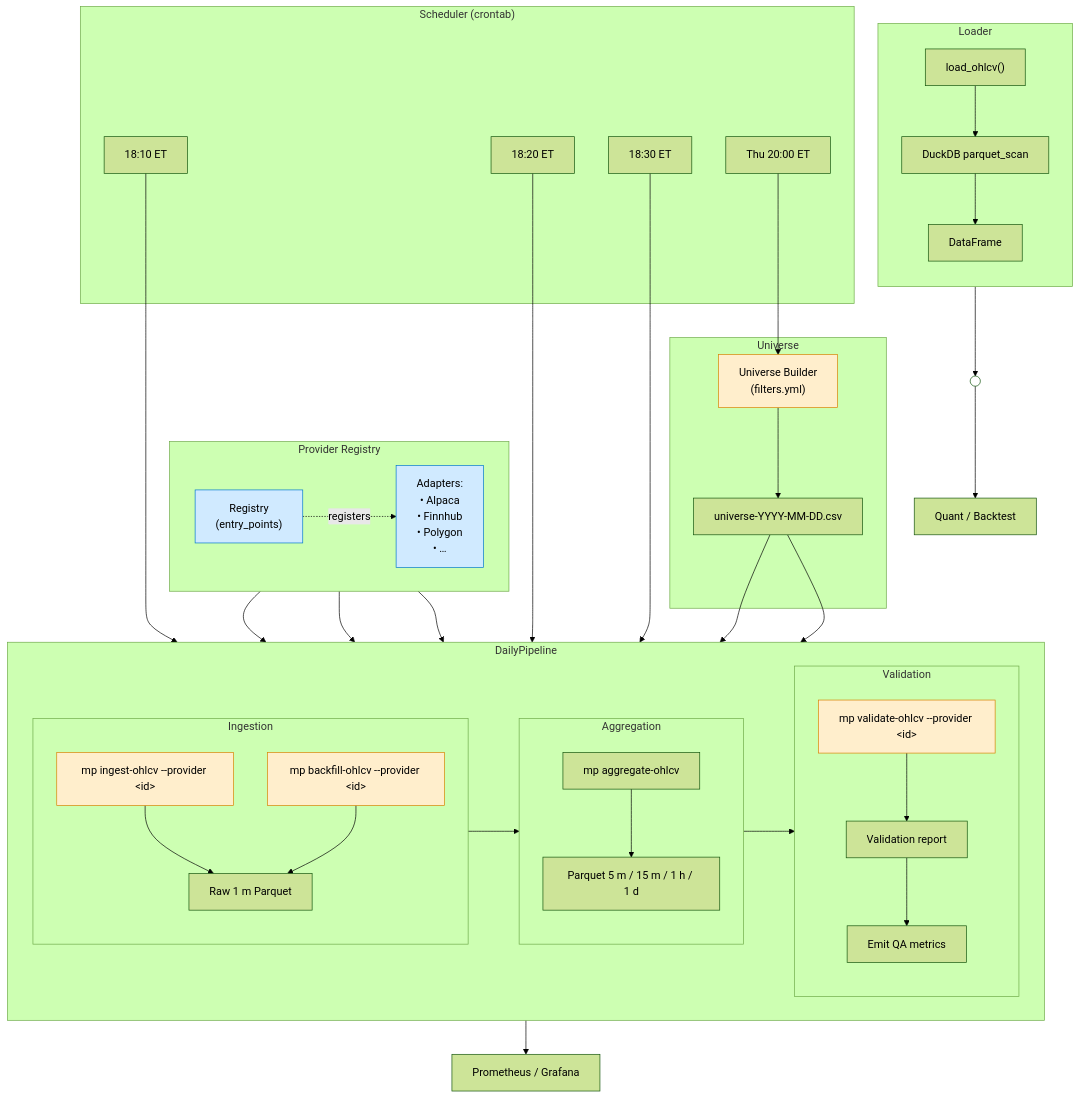
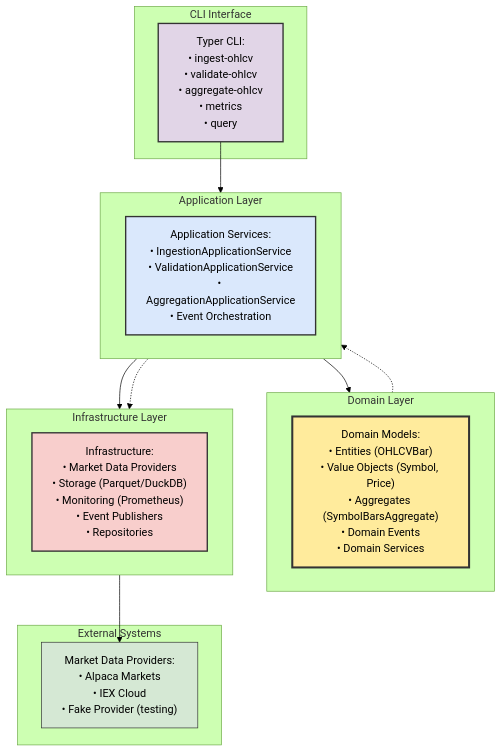
One commit to joeyda3rd/MarketPipe changed the diagram in README.md. Above: the diagram before and after it, drawn with Mermaid (forest theme). The commit also changed other lines of this file and 7 other files, not shown here.

````diff
--- a/README.md
+++ b/README.md
@@ -11,79 +16,45 @@
 ```mermaid
 flowchart TD
-    %% ---------- Provider layer ----------
-    subgraph "Provider Registry"
+    %% ---------- DDD Layers ----------
+    subgraph "Domain Layer"
         direction LR
-        REG["Registry<br/>(entry_points)"]:::adapter
-        REG -. registers .-> PAD["Adapters:<br/>• Alpaca<br/>• Finnhub<br/>• Polygon<br/>• …"]:::adapter
+        DOM["Domain Models:<br/>• Entities (OHLCVBar)<br/>• Value Objects (Symbol, Price)<br/>• Aggregates (SymbolBarsAggregate)<br/>• Domain Events<br/>• Domain Services"]:::domain
     end
 
-    %% ---------- Universe ----------
-    subgraph "Universe"
-        UB["Universe Builder<br/>(filters.yml)"]:::io --> UCSV["universe-YYYY-MM-DD.csv"]
+    subgraph "Application Layer"
+        direction LR
+        APP["Application Services:<br/>• IngestionApplicationService<br/>• ValidationApplicationService<br/>• AggregationApplicationService<br/>• Event Orchestration"]:::application
     end
 
-    %% ---------- Daily pipeline (single row) ----------
-    subgraph "DailyPipeline"
-        direction LR          %% keep the three stages side-by-side
-
-        %% Ingestion
-        subgraph "Ingestion"
-            direction TB
-            ING["mp ingest-ohlcv --provider &lt;id&gt;"]:::io --> RAW["Raw 1 m Parquet"]
-            BF["mp backfill-ohlcv --provider &lt;id&gt;"]:::io --> RAW
-        end
-
-        %% Aggregation
-        subgraph "Aggregation"
-            direction TB
-            AGG["mp aggregate-ohlcv"] --> AGGPK["Parquet 5 m / 15 m / 1 h / 1 d"]
-        end
-
-        %% Validation
-        subgraph "Validation"
-            direction TB
-            VAL["mp validate-ohlcv --provider &lt;id&gt;"]:::io --> VCSV["Validation report"]
-            VCSV --> QA["Emit QA metrics"]
-        end
+    subgraph "Infrastructure Layer"
+        direction LR
+        INFRA["Infrastructure:<br/>• Market Data Providers<br/>• Storage (Parquet/DuckDB)<br/>• Monitoring (Prometheus)<br/>• Event Publishers<br/>• Repositories"]:::infrastructure
     end
 
-    %% ---------- Loader (dropped one row) ----------
-    subgraph "Loader"
-        direction TB
-        LD["load_ohlcv()"] --> SCAN["DuckDB parquet_scan"] --> DF["DataFrame"]
+    %% ---------- CLI Interface ----------
+    subgraph "CLI Interface"
+        CLI["Typer CLI:<br/>• ingest-ohlcv<br/>• validate-ohlcv<br/>• aggregate-ohlcv<br/>• metrics<br/>• query"]:::cli
     end
 
-    %% invisible spacer to steer arrow around Provider Registry
-    SPACER(( )):::invis
-
-    %% ---------- Scheduler ----------
-    subgraph "Scheduler (crontab)"
-        CR1["18:10 ET"] --> ING
-        CR2["18:20 ET"] --> AGG
-        CR3["18:30 ET"] --> VAL
-        CR4["Thu 20:00 ET"] --> UB
+    %% ---------- External Systems ----------
+    subgraph "External Systems"
+        EXT["Market Data Providers:<br/>• Alpaca Markets<br/>• IEX Cloud<br/>• Fake Provider (testing)"]:::external
     end
 
     %% ---------- Flow arrows ----------
-    UCSV --> ING
-    UCSV --> BF
-    REG  --> ING
-    REG  --> BF
-    REG  --> VAL
-    RAW  --> AGG
-    AGGPK --> VAL
-    QA   --> MON["Prometheus / Grafana"]
-
-    %% bend DataFrame → Quant around Provider Registry
-    DF --> SPACER
-    SPACER --> QUANT["Quant / Backtest"]
+    CLI --> APP
+    APP --> DOM
+    APP --> INFRA
+    INFRA --> EXT
+    
+    %% Event flow
+    DOM -.-> APP
+    APP -.-> INFRA
 
     %% ---------- Styles ----------
-    classDef io      fill:#ffeecc,stroke:#d88200;
-    classDef adapter fill:#d0eaff,stroke:#0077cc;
-    classDef invis   fill:#ffffff00,stroke:#ffffff00;   %% transparent node
-
-    class ING,BF,UB,VAL io;
-    class REG,PAD adapter;
-
+    classDef domain fill:#ffeb9c,stroke:#333,stroke-width:3px
+    classDef application fill:#dae8fc,stroke:#333,stroke-width:2px
+    classDef infrastructure fill:#f8cecc,stroke:#333,stroke-width:2px
+    classDef cli fill:#e1d5e7,stroke:#333,stroke-width:2px
+    classDef external fill:#d5e8d4,stroke:#333,stroke-width:1px
 ```
````
